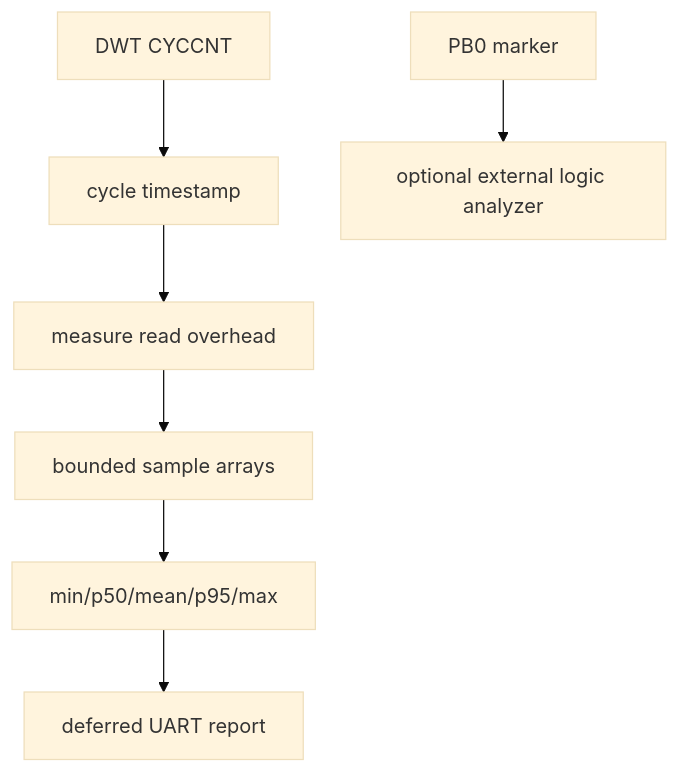
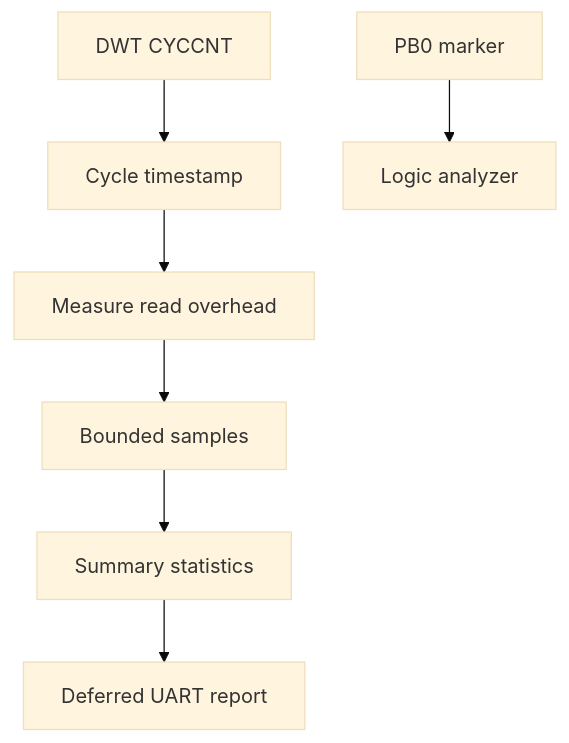
Before and after one commit to haikevins/hairtos: the diagram in docs/06-testing-and-quality/kernel-benchmark.md, drawn with Mermaid (base theme). The commit also changed other lines of this file and 82 other files, not shown here.

````diff
--- a/docs/06-testing-and-quality/kernel-benchmark.md
+++ b/docs/06-testing-and-quality/kernel-benchmark.md
@@ -9,9 +9,9 @@
 ```mermaid
-flowchart TD
-    DWT["DWT CYCCNT"] --> NOW["cycle timestamp"]
-    NOW --> OH["measure read overhead"]
-    OH --> SAMPLES["bounded sample arrays"]
-    PB0["PB0 marker"] --> EXT["optional external logic analyzer"]
-    SAMPLES --> STATS["min/p50/mean/p95/max"]
-    STATS --> UART["deferred UART report"]
+flowchart TB
+    DWT["DWT CYCCNT"] --> NOW["Cycle timestamp"]
+    NOW --> OH["Measure read overhead"]
+    OH --> SAMPLES["Bounded samples"]
+    SAMPLES --> STATS["Summary statistics"]
+    STATS --> UART["Deferred UART report"]
+    PB0["PB0 marker"] --> EXT["Logic analyzer"]
 ```
````
